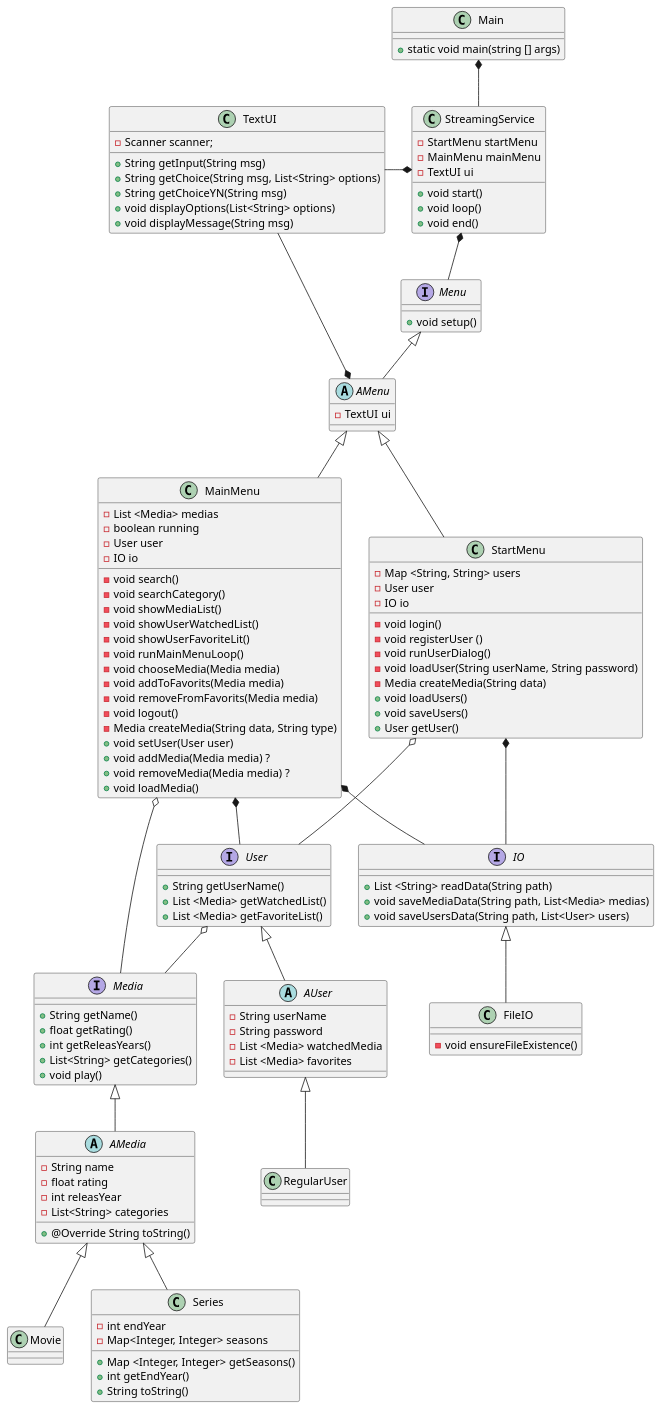
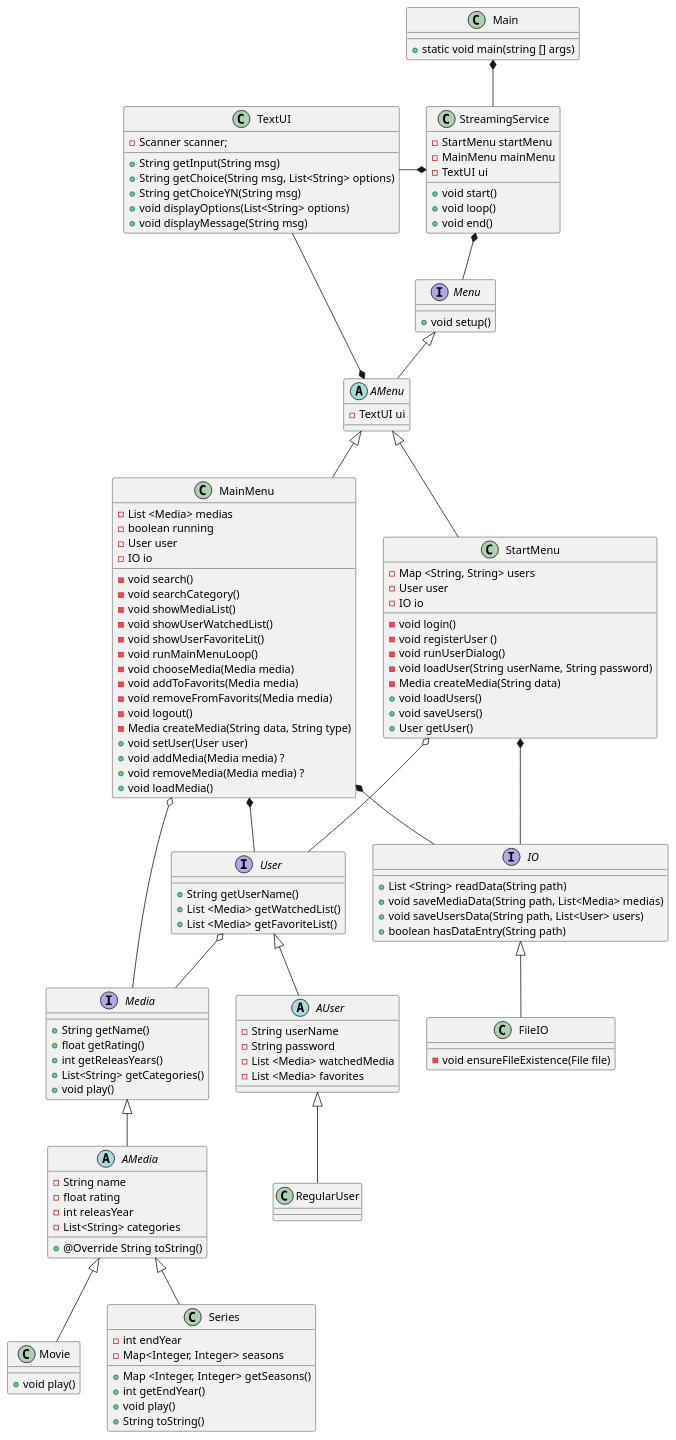
One commit to Shiihon/SP3_plus changed the diagram in doc/dynamic/sequence.puml. Above: the diagram before and after it, drawn with PlantUML.

Commit message:
Update class diagram

```diff
--- a/doc/dynamic/sequence.puml
+++ b/doc/dynamic/sequence.puml
@@ -1,146 +1,151 @@
 @startuml
 class Main
 class StreamingService
 interface Menu
 abstract class AMenu
 class StartMenu
 class MainMenu
 interface User
 abstract class AUser
 class RegularUser
 interface Media
 abstract class AMedia
 class Movie
 class Series
 interface IO
 class FileIO
 class TextUI
 
 Main *-- StreamingService
 StreamingService *-- Menu
 Menu <|-- AMenu
 AMenu <|-- StartMenu
 AMenu <|-- MainMenu
 AMenu *-- TextUI
 StartMenu *-- IO
 MainMenu *-- IO
 IO <|-- FileIO
 StartMenu o-- User
 MainMenu *-- User
 User <|-- AUser
 AUser <|-- RegularUser
 MainMenu o-- Media
 User o-- Media
 Media <|-- AMedia
 AMedia <|-- Movie
 AMedia <|-- Series
 
 
 Main : + static void main(string [] args)
 
 
 StreamingService : - StartMenu startMenu
 StreamingService : - MainMenu mainMenu
 StreamingService : - TextUI ui
 
 StreamingService : + void start()
 StreamingService : + void loop()
 StreamingService : + void end()
 
 
 StreamingService *-l- TextUI
 
 
 Menu : + void setup()
 
 
 AMenu : - TextUI ui
 
 
 StartMenu : - Map <String, String> users
 StartMenu : - User user
 StartMenu : - IO io
 
 StartMenu : - void login()
 StartMenu : - void registerUser ()
 StartMenu : - void runUserDialog()
 StartMenu : - void loadUser(String userName, String password)
 StartMenu : - Media createMedia(String data)
 StartMenu : + void loadUsers()
 StartMenu : + void saveUsers()
 StartMenu : + User getUser()
 
 
 MainMenu : - List <Media> medias
 MainMenu : - boolean running
 MainMenu : - User user
 MainMenu : - IO io
 
 MainMenu : - void search()
 MainMenu : - void searchCategory()
 MainMenu : - void showMediaList()
 MainMenu : - void showUserWatchedList()
 MainMenu : - void showUserFavoriteLit()
 MainMenu : - void runMainMenuLoop()
 MainMenu : - void chooseMedia(Media media)
 MainMenu : - void addToFavorits(Media media)
 MainMenu : - void removeFromFavorits(Media media)
 MainMenu : - void logout()
 MainMenu : - Media createMedia(String data, String type)
 MainMenu : + void setUser(User user)
 MainMenu : + void addMedia(Media media) ?
 MainMenu : + void removeMedia(Media media) ?
 MainMenu : + void loadMedia()
 
 
 User : + String getUserName()
 User : + List <Media> getWatchedList()
 User : + List <Media> getFavoriteList()
 
 
 AUser : - String userName
 AUser : - String password
 AUser : - List <Media> watchedMedia
 AUser : - List <Media> favorites
 
 
 Media : + String getName()
 Media : + float getRating()
 Media : + int getReleasYears()
 Media : + List<String> getCategories()
 Media : + void play()
 
 
 AMedia : - String name
 AMedia : - float rating
 AMedia : - int releasYear
 AMedia : - List<String> categories
 
 AMedia : + @Override String toString()
 
 
 Series : - int endYear
 Series : - Map<Integer, Integer> seasons
 Series : + Map <Integer, Integer> getSeasons()
 
 Series : + int getEndYear()
+Series : + void play()
 Series : + String toString()
+
+
+Movie : + void play()
 
 
 IO : + List <String> readData(String path)
 IO : + void saveMediaData(String path, List<Media> medias)
 IO : + void saveUsersData(String path, List<User> users)
+IO : + boolean hasDataEntry(String path)
 
 
-FileIO : - void ensureFileExistence()
+FileIO : - void ensureFileExistence(File file)
 
 
 TextUI : - Scanner scanner;
 
 TextUI : + String getInput(String msg)
 TextUI : + String getChoice(String msg, List<String> options)
 TextUI : + String getChoiceYN(String msg)
 TextUI : + void displayOptions(List<String> options)
 TextUI : + void displayMessage(String msg)
 
 @enduml
```
